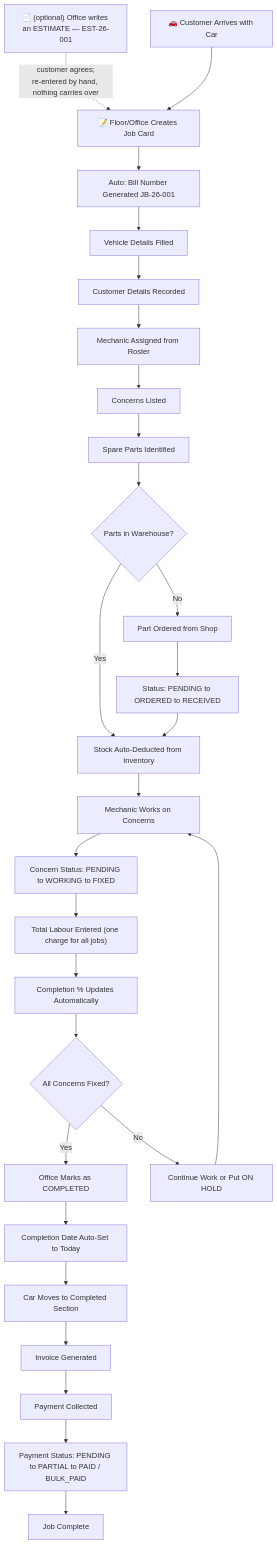
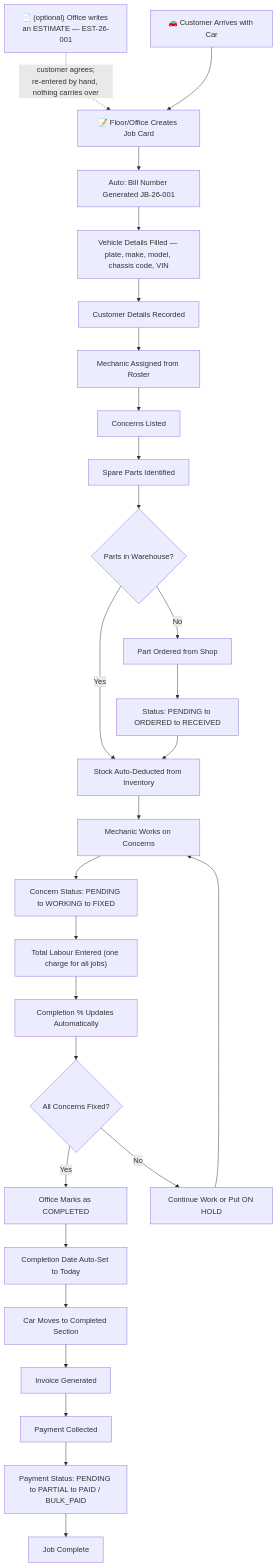
Before and after one commit to Irshaduu/WorkshopOS: the first of 2 diagrams in OPERATIONAL_BLUEPRINT.md, drawn with Mermaid. The commit also changed other lines of this file and 36 other files, not shown here.

First line of the commit message:
Record the chassis code and VIN, and let a known plate fill the car

````diff
--- a/OPERATIONAL_BLUEPRINT.md
+++ b/OPERATIONAL_BLUEPRINT.md
@@ -15,34 +15,34 @@
 ```mermaid
 graph TD
     Q0["📄 (optional) Office writes an ESTIMATE — EST-26-001"] -.->|"customer agrees;<br/>re-entered by hand, nothing carries over"| B
     A["🚗 Customer Arrives with Car"] --> B["📝 Floor/Office Creates Job Card"]
     B --> C["Auto: Bill Number Generated JB-26-001"]
-    C --> D["Vehicle Details Filled"]
+    C --> D["Vehicle Details Filled — plate, make, model, chassis code, VIN"]
     D --> E["Customer Details Recorded"]
     E --> F["Mechanic Assigned from Roster"]
     F --> G["Concerns Listed"]
     G --> H["Spare Parts Identified"]
 
     H --> I{"Parts in Warehouse?"}
     I -->|"Yes"| J["Stock Auto-Deducted from Inventory"]
     I -->|"No"| K["Part Ordered from Shop"]
     K --> L["Status: PENDING to ORDERED to RECEIVED"]
     L --> J
 
     J --> M["Mechanic Works on Concerns"]
     M --> N["Concern Status: PENDING to WORKING to FIXED"]
     N --> O["Total Labour Entered (one charge for all jobs)"]
     O --> P["Completion % Updates Automatically"]
 
     P --> Q{"All Concerns Fixed?"}
     Q -->|"Yes"| R["Office Marks as COMPLETED"]
     Q -->|"No"| S["Continue Work or Put ON HOLD"]
     S --> M
 
     R --> T["Completion Date Auto-Set to Today"]
     T --> U["Car Moves to Completed Section"]
     U --> V["Invoice Generated"]
     V --> W["Payment Collected"]
     W --> X["Payment Status: PENDING to PARTIAL to PAID / BULK_PAID"]
     X --> Y["Job Complete"]
 ```
````
